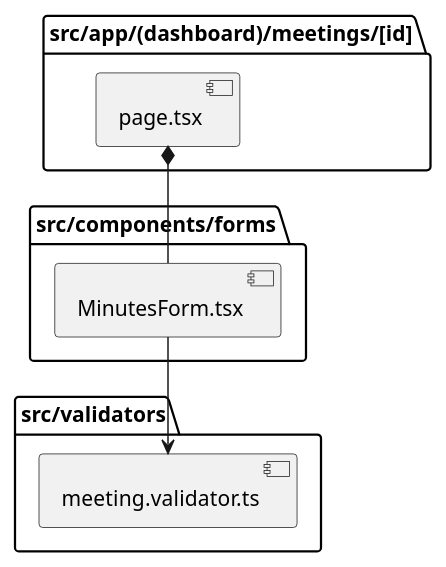
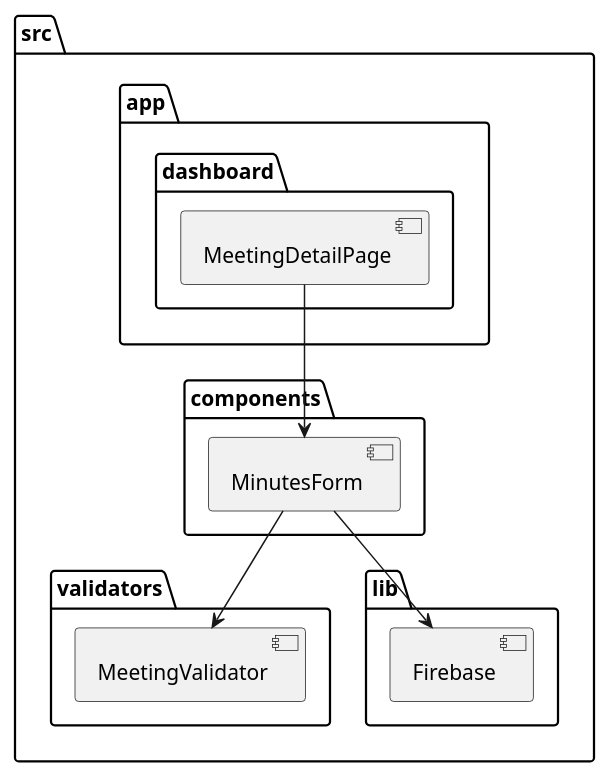
One commit to OliEveritt/Stokkings changed the diagram in docs/architecture/3.4 · Record Meeting Minutes/development_view_3_4.puml. Above: the diagram before and after it, drawn with PlantUML. The commit also changed 20 other files, not shown here.

Commit message:
feat: implement meeting minutes with validated architecture and passing TDD

```diff
--- a/docs/architecture/3.4 · Record Meeting Minutes/development_view_3_4.puml
+++ b/docs/architecture/3.4 · Record Meeting Minutes/development_view_3_4.puml
@@ -1,16 +1,22 @@
-@startuml
-package "src/app/(dashboard)/meetings/[id]" {
-    [page.tsx] as Page
+@startuml development_view_3_4
+package "src" {
+    package "app" {
+        package "(dashboard)" {
+            component "MeetingDetailPage"
+        }
+    }
+    package "components" {
+        component "MinutesForm"
+    }
+    package "validators" {
+        component "MeetingValidator"
+    }
+    package "lib" {
+        component "Firebase"
+    }
 }
 
-package "src/components/forms" {
-    [MinutesForm.tsx] as Form
-}
-
-package "src/validators" {
-    [meeting.validator.ts] as Logic
-}
-
-Page *-- Form
-Form --> Logic
-@endum
+"MeetingDetailPage" --> "MinutesForm"
+"MinutesForm" --> "MeetingValidator"
+"MinutesForm" --> "Firebase"
+@enduml
```
